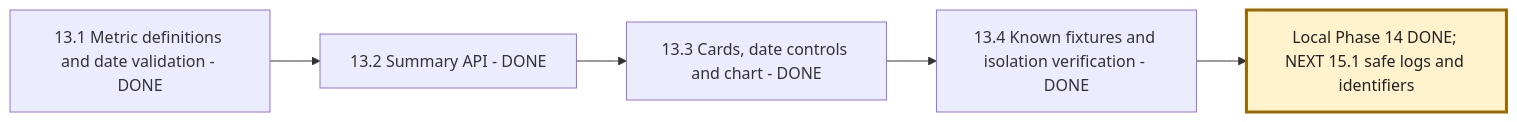
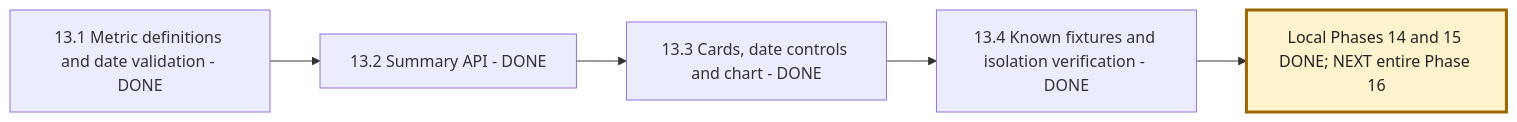
One commit to msdian0007/nexaAi changed the fifth of 7 diagrams in NEXAAI_ROADMAP.md. Above: the diagram before and after it, drawn with Mermaid. The commit also changed other lines of this file and 8 other files, not shown here.

````diff
--- a/NEXAAI_ROADMAP.md
+++ b/NEXAAI_ROADMAP.md
@@ -357,8 +368,8 @@
 ```mermaid
 flowchart LR
     A[13.1 Metric definitions and date validation - DONE] --> B[13.2 Summary API - DONE]
     B --> C[13.3 Cards, date controls and chart - DONE]
     C --> D[13.4 Known fixtures and isolation verification - DONE]
-    D --> E[Local Phase 14 DONE; NEXT 15.1 safe logs and identifiers]
+    D --> E[Local Phases 14 and 15 DONE; NEXT entire Phase 16]
     style E fill:#fff3cd,stroke:#9a6700,stroke-width:3px,color:#222
 ```
````
